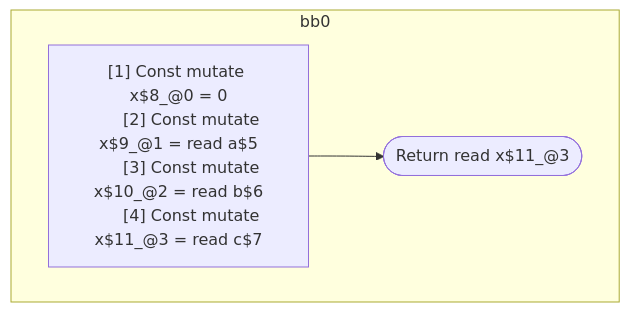
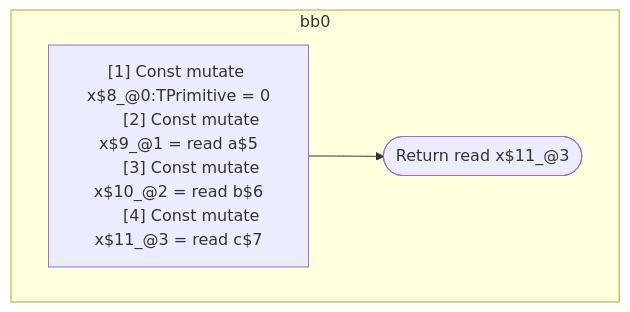
One commit to wutsmog/private changed the diagram in compiler/forget/src/__tests__/fixtures/hir/ssa-reassign.expect.md. Above: the diagram before and after it, drawn with Mermaid. The commit also changed other lines of this file and 112 other files, not shown here.

````diff
--- a/compiler/forget/src/__tests__/fixtures/hir/ssa-reassign.expect.md
+++ b/compiler/forget/src/__tests__/fixtures/hir/ssa-reassign.expect.md
@@ -51,16 +51,16 @@
 ```mermaid
 flowchart TB
   %% Basic Blocks
   subgraph bb0
     bb0_instrs["
-      [1] Const mutate x$8_@0 = 0
+      [1] Const mutate x$8_@0:TPrimitive = 0
       [2] Const mutate x$9_@1 = read a$5
       [3] Const mutate x$10_@2 = read b$6
       [4] Const mutate x$11_@3 = read c$7
     "]
     bb0_instrs --> bb0_terminal(["Return read x$11_@3"])
   end
 
   %% Jumps
   %% empty
 ```
````
